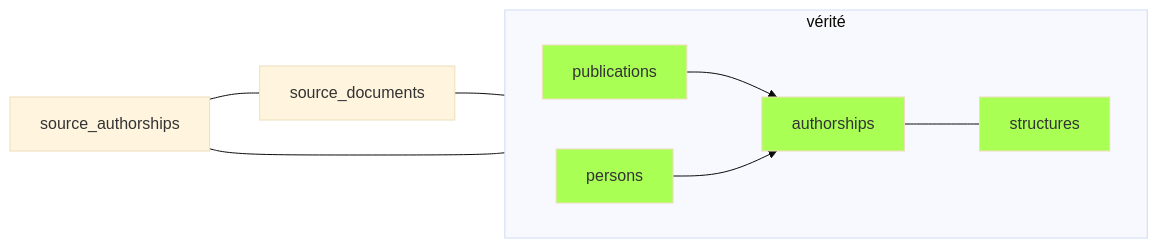
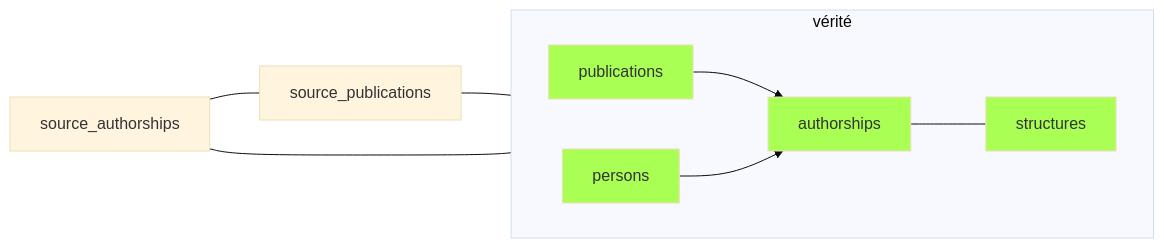
One commit to Y33sha/bibliometrie-uca changed the ninth of 9 diagrams in docs/pipeline.md. Above: the diagram before and after it, drawn with Mermaid (base theme). The commit also changed other lines of this file and 109 other files, not shown here.

First line of the commit message:
Renommer source_documents → source_publications, squash migrations

````diff
--- a/docs/pipeline.md
+++ b/docs/pipeline.md
@@ -286,15 +286,15 @@
 ```mermaid
 flowchart LR
-    source_documents---A
-    source_authorships---source_documents
+    source_publications---A
+    source_authorships---source_publications
     source_authorships---C
 
     subgraph vérité
     direction LR
     A[publications]-->B[authorships]
     C[persons]-->B
     B---F[structures]
     end
     classDef valid  fill:#af5
     class F,A,C,B valid;
 ```
````
